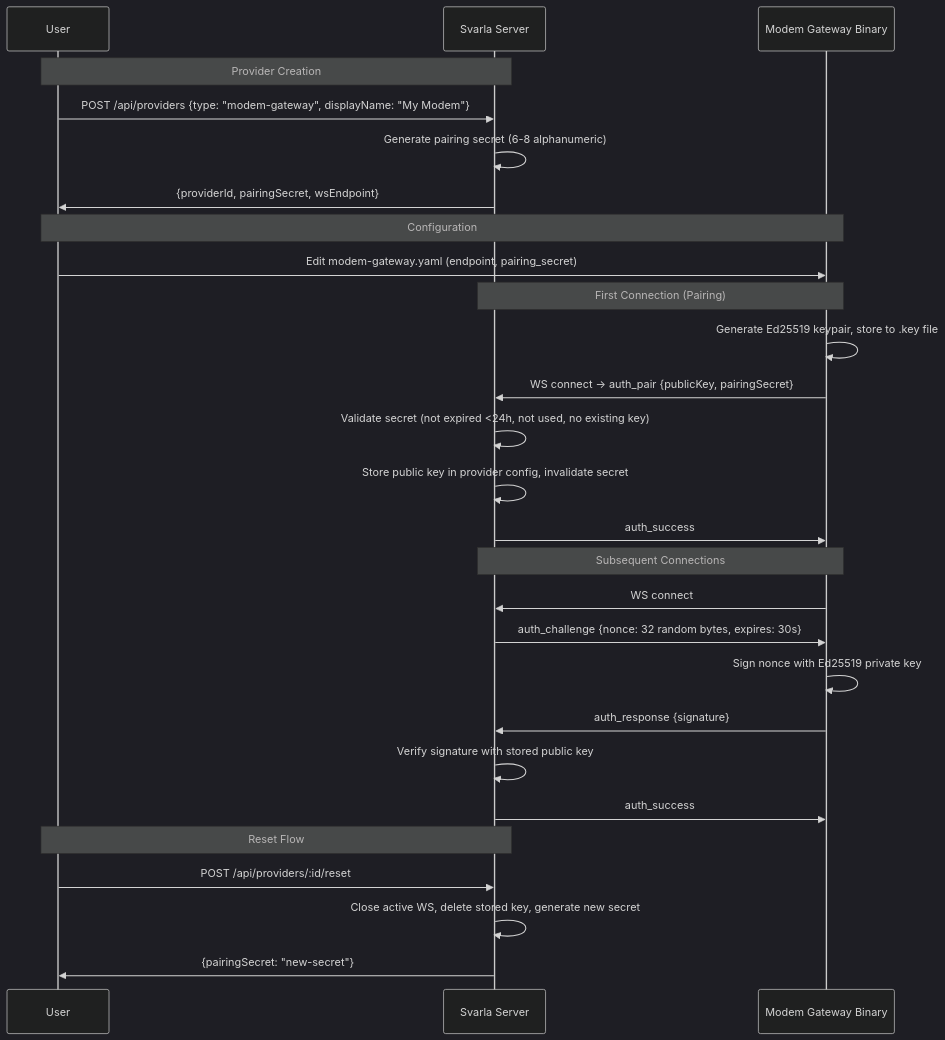
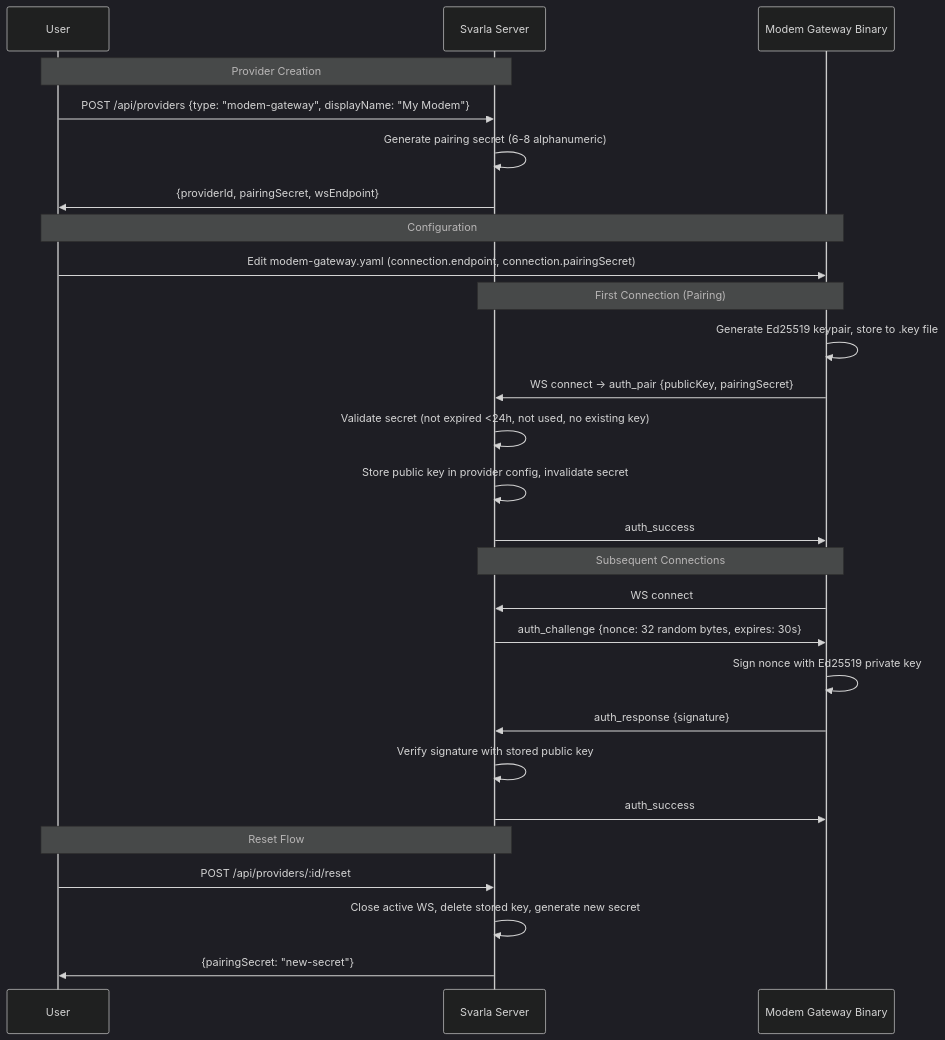
Before and after one commit to packetmoose/svarla: the sixth of 6 diagrams in .kiro/specs/modem-gateway/design.md, drawn with Mermaid (dark theme). The commit also changed other lines of this file, not shown here.

First line of the commit message:
spec: update modem-gateway config to use camelCase and categories

````diff
--- a/.kiro/specs/modem-gateway/design.md
+++ b/.kiro/specs/modem-gateway/design.md
@@ -535,34 +551,34 @@
 ```mermaid
 sequenceDiagram
     participant User
     participant Svarla as Svarla Server
     participant MGB as Modem Gateway Binary
 
     Note over User,Svarla: Provider Creation
     User->>Svarla: POST /api/providers {type: "modem-gateway", displayName: "My Modem"}
     Svarla->>Svarla: Generate pairing secret (6-8 alphanumeric)
     Svarla->>User: {providerId, pairingSecret, wsEndpoint}
 
     Note over User,MGB: Configuration
-    User->>MGB: Edit modem-gateway.yaml (endpoint, pairing_secret)
+    User->>MGB: Edit modem-gateway.yaml (connection.endpoint, connection.pairingSecret)
 
     Note over MGB,Svarla: First Connection (Pairing)
     MGB->>MGB: Generate Ed25519 keypair, store to .key file
     MGB->>Svarla: WS connect → auth_pair {publicKey, pairingSecret}
     Svarla->>Svarla: Validate secret (not expired <24h, not used, no existing key)
     Svarla->>Svarla: Store public key in provider config, invalidate secret
     Svarla->>MGB: auth_success
 
     Note over MGB,Svarla: Subsequent Connections
     MGB->>Svarla: WS connect
     Svarla->>MGB: auth_challenge {nonce: 32 random bytes, expires: 30s}
     MGB->>MGB: Sign nonce with Ed25519 private key
     MGB->>Svarla: auth_response {signature}
     Svarla->>Svarla: Verify signature with stored public key
     Svarla->>MGB: auth_success
 
     Note over User,Svarla: Reset Flow
     User->>Svarla: POST /api/providers/:id/reset
     Svarla->>Svarla: Close active WS, delete stored key, generate new secret
     Svarla->>User: {pairingSecret: "new-secret"}
 ```
````
